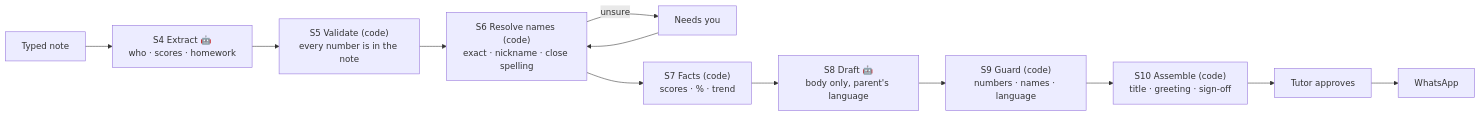
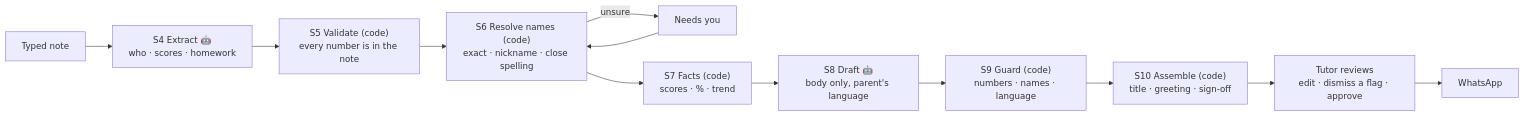
Before and after one commit to souptik4572/tuition-setu: the diagram in README.md, drawn with Mermaid. The commit also changed other lines of this file and 4 other files, not shown here.

````diff
--- a/README.md
+++ b/README.md
@@ -52,13 +52,13 @@
 ```mermaid
 flowchart LR
   A[Typed note] --> B["S4 Extract 🤖<br/>who · scores · homework"]
   B --> C["S5 Validate (code)<br/>every number is in the note"]
   C --> D["S6 Resolve names (code)<br/>exact · nickname · close spelling"]
   D -->|unsure| N[Needs you]
   N --> D
   D --> E["S7 Facts (code)<br/>scores · % · trend"]
   E --> F["S8 Draft 🤖<br/>body only, parent's language"]
   F --> G["S9 Guard (code)<br/>numbers · names · language"]
   G --> H["S10 Assemble (code)<br/>title · greeting · sign-off"]
-  H --> I[Tutor approves] --> J[WhatsApp]
+  H --> I["Tutor reviews<br/>edit · dismiss a flag · approve"] --> J[WhatsApp]
 ```
````
